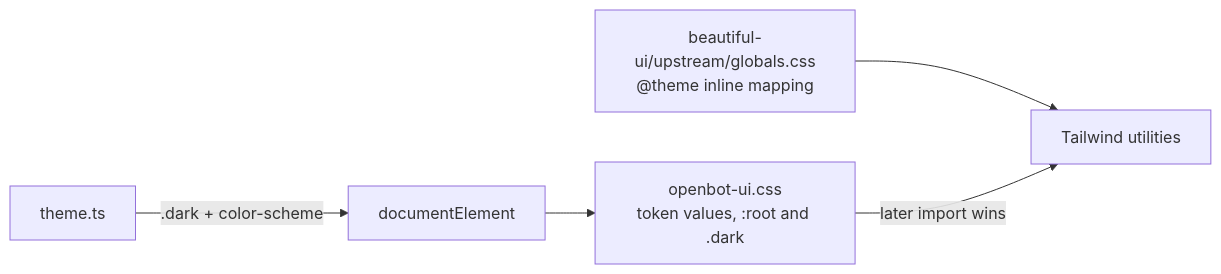
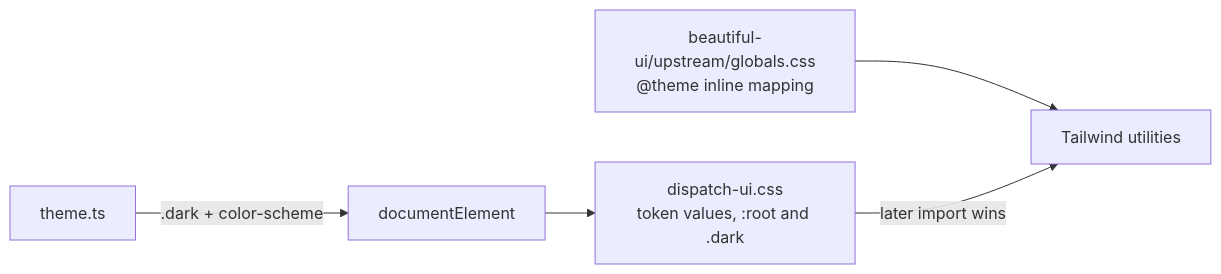
The diagram in docs/adrs/0024-semantic-design-tokens-and-theming.md (trytilde/dispatch), drawn with Mermaid before and after one commit. The commit also changed other lines of this file and 668 other files, not shown here.

````diff
--- a/docs/adrs/0024-semantic-design-tokens-and-theming.md
+++ b/docs/adrs/0024-semantic-design-tokens-and-theming.md
@@ -51,7 +51,7 @@
 ```mermaid
 flowchart LR
   V["beautiful-ui/upstream/globals.css\n@theme inline mapping"] --> U["Tailwind utilities"]
-  C["openbot-ui.css\ntoken values, :root and .dark"] -->|"later import wins"| U
+  C["dispatch-ui.css\ntoken values, :root and .dark"] -->|"later import wins"| U
   T["theme.ts"] -->|".dark + color-scheme"| R["documentElement"]
   R --> C
 ```
````
